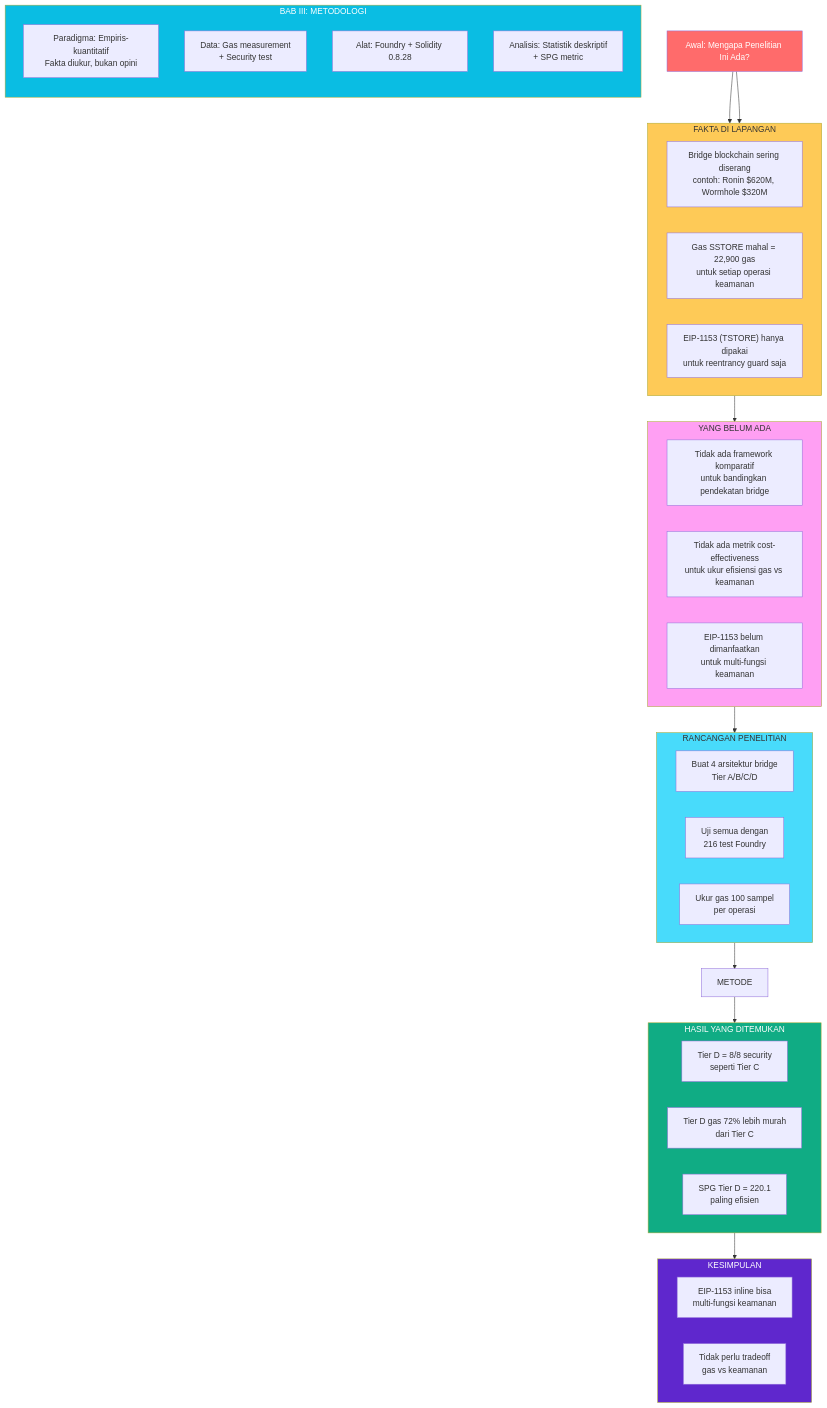
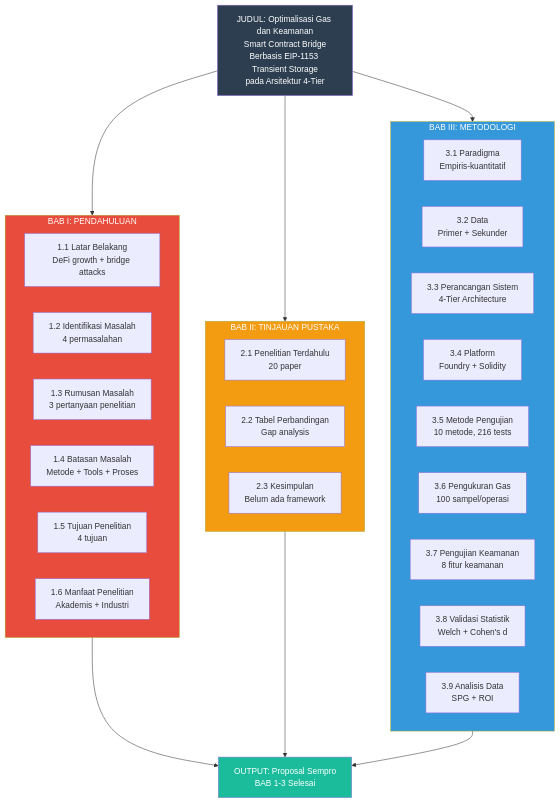
Before and after one commit to Zhee1112/SmartContract: the diagram in docs/sempro/MINDMAP_SEMPRO.md, drawn with Mermaid. The commit also changed other lines of this file, not shown here.

Commit message:
Rewrite mind map sempro: only BAB 1-3 with clear structure

````diff
--- a/docs/sempro/MINDMAP_SEMPRO.md
+++ b/docs/sempro/MINDMAP_SEMPRO.md
@@ -5,60 +5,47 @@
 ```mermaid
 graph TD
-    START["Awal: Mengapa Penelitian Ini Ada?"] --> MASALAH
-    
-    subgraph MASALAH["FAKTA DI LAPANGAN"]
-        M1["Bridge blockchain sering diserang<br/>contoh: Ronin $620M, Wormhole $320M"]
-        M2["Gas SSTORE mahal = 22,900 gas<br/>untuk setiap operasi keamanan"]
-        M3["EIP-1153 (TSTORE) hanya dipakai<br/>untuk reentrancy guard saja"]
+    JUDUL["JUDUL: Optimalisasi Gas dan Keamanan<br/>Smart Contract Bridge<br/>Berbasis EIP-1153 Transient Storage<br/>pada Arsitektur 4-Tier"]
+
+    JUDUL --> BAB1
+    JUDUL --> BAB2
+    JUDUL --> BAB3
+
+    subgraph BAB1["BAB I: PENDAHULUAN"]
+        B1A["1.1 Latar Belakang<br/>DeFi growth + bridge attacks"]
+        B1B["1.2 Identifikasi Masalah<br/>4 permasalahan"]
+        B1C["1.3 Rumusan Masalah<br/>3 pertanyaan penelitian"]
+        B1D["1.4 Batasan Masalah<br/>Metode + Tools + Proses"]
+        B1E["1.5 Tujuan Penelitian<br/>4 tujuan"]
+        B1F["1.6 Manfaat Penelitian<br/>Akademis + Industri"]
     end
-    
-    MASALAH --> GAP
-    
-    subgraph GAP["YANG BELUM ADA"]
-        G1["Tidak ada framework komparatif<br/>untuk bandingkan pendekatan bridge"]
-        G2["Tidak ada metrik cost-effectiveness<br/>untuk ukur efisiensi gas vs keamanan"]
-        G3["EIP-1153 belum dimanfaatkan<br/>untuk multi-fungsi keamanan"]
+
+    subgraph BAB2["BAB II: TINJAUAN PUSTAKA"]
+        B2A["2.1 Penelitian Terdahulu<br/>20 paper"]
+        B2B["2.2 Tabel Perbandingan<br/>Gap analysis"]
+        B2C["2.3 Kesimpulan<br/>Belum ada framework"]
     end
-    
-    GAP --> SOLUSI
-    
-    subgraph SOLUSI["RANCANGAN PENELITIAN"]
-        S1["Buat 4 arsitektur bridge<br/>Tier A/B/C/D"]
-        S2["Uji semua dengan<br/>216 test Foundry"]
-        S3["Ukur gas 100 sampel<br/>per operasi"]
+
+    subgraph BAB3["BAB III: METODOLOGI"]
+        B3A["3.1 Paradigma<br/>Empiris-kuantitatif"]
+        B3B["3.2 Data<br/>Primer + Sekunder"]
+        B3C["3.3 Perancangan Sistem<br/>4-Tier Architecture"]
+        B3D["3.4 Platform<br/>Foundry + Solidity"]
+        B3E["3.5 Metode Pengujian<br/>10 metode, 216 tests"]
+        B3F["3.6 Pengukuran Gas<br/>100 sampel/operasi"]
+        B3G["3.7 Pengujian Keamanan<br/>8 fitur keamanan"]
+        B3H["3.8 Validasi Statistik<br/>Welch + Cohen's d"]
+        B3I["3.9 Analisis Data<br/>SPG + ROI"]
     end
-    
-    SOLUSI --> METODE
-    
-    subgraph BAB3["BAB III: METODOLOGI"]
-        direction TB
-        MTD1["Paradigma: Empiris-kuantitatif<br/>Fakta diukur, bukan opini"]
-        MTD2["Data: Gas measurement<br/>+ Security test"]
-        MTD3["Alat: Foundry + Solidity 0.8.28"]
-        MTD4["Analisis: Statistik deskriptif<br/>+ SPG metric"]
-    end
-    
-    METODE --> HASIL
-    HASIL --> KESIMPULAN
-    
-    subgraph HASIL["HASIL YANG DITEMUKAN"]
-        H1["Tier D = 8/8 security<br/>seperti Tier C"]
-        H2["Tier D gas 72% lebih murah<br/>dari Tier C"]
-        H3["SPG Tier D = 220.1<br/>paling efisien"]
-    end
-    
-    subgraph KESIMPULAN["KESIMPULAN"]
-        K1["EIP-1153 inline bisa<br/>multi-fungsi keamanan"]
-        K2["Tidak perlu tradeoff<br/>gas vs keamanan"]
-    end
-    
-    START --> MASALAH
 
-    style START fill:#ff6b6b,color:#fff
-    style MASALAH fill:#feca57,color:#333
-    style GAP fill:#ff9ff3,color:#333
-    style SOLUSI fill:#48dbfb,color:#333
-    style BAB3 fill:#0abde3,color:#fff
-    style HASIL fill:#10ac84,color:#fff
-    style KESIMPULAN fill:#5f27cd,color:#fff
+    BAB1 --> OUTPUT
+    BAB2 --> OUTPUT
+    BAB3 --> OUTPUT
+
+    OUTPUT["OUTPUT: Proposal Sempro<br/>BAB 1-3 Selesai"]
+
+    style JUDUL fill:#2c3e50,color:#fff
+    style BAB1 fill:#e74c3c,color:#fff
+    style BAB2 fill:#f39c12,color:#fff
+    style BAB3 fill:#3498db,color:#fff
+    style OUTPUT fill:#1abc9c,color:#fff
 ```
````
